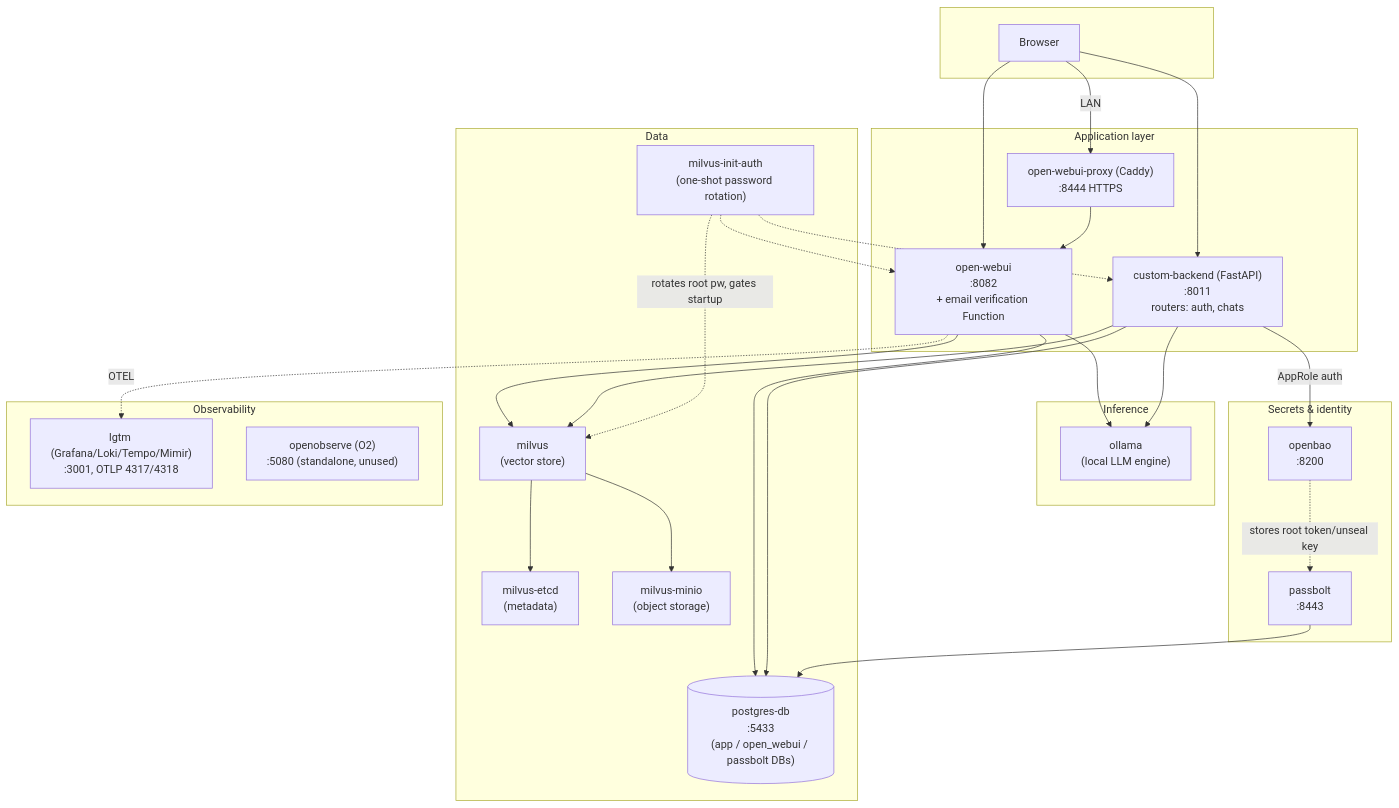
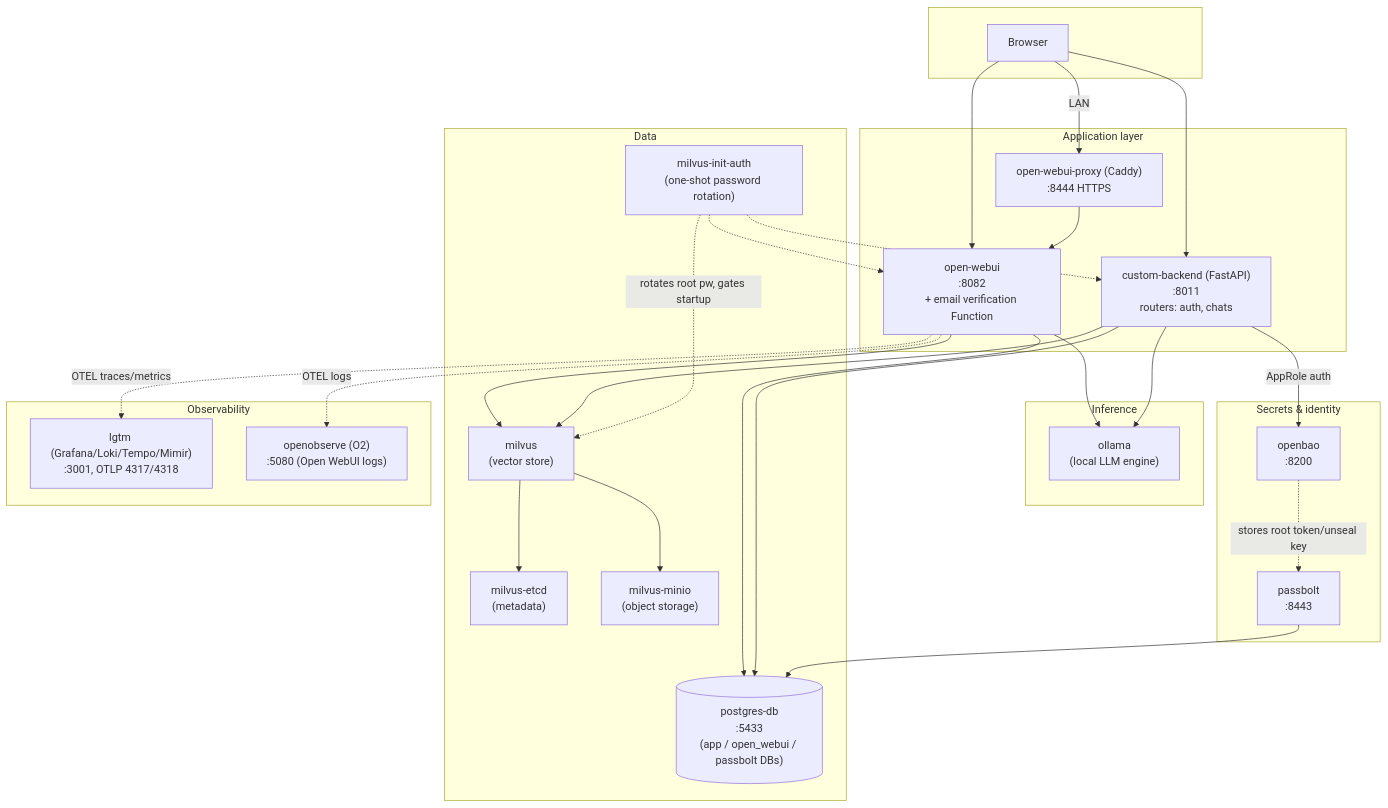
One commit to akshatz/laptop-ai-backend changed the diagram in README.md. Above: the diagram before and after it, drawn with Mermaid. The commit also changed other lines of this file and 3 other files, not shown here.

Commit message:
Send Open WebUI logs to OpenObserve stream openwebui_backend

````diff
--- a/README.md
+++ b/README.md
@@ -7,58 +7,59 @@
 ```mermaid
 flowchart TB
     subgraph client[" "]
         browser["Browser"]
     end
 
     subgraph app["Application layer"]
         proxy["open-webui-proxy (Caddy)\n:8444 HTTPS"]
         webui["open-webui\n:8082\n+ email verification Function"]
         backend["custom-backend (FastAPI)\n:8011\nrouters: auth, chats"]
     end
 
     subgraph inference["Inference"]
         ollama["ollama\n(local LLM engine)"]
     end
 
     subgraph data["Data"]
         postgres[("postgres-db\n:5433\n(app / open_webui / passbolt DBs)")]
         milvus["milvus\n(vector store)"]
         milvusEtcd["milvus-etcd\n(metadata)"]
         milvusMinio["milvus-minio\n(object storage)"]
         milvusInit["milvus-init-auth\n(one-shot password rotation)"]
     end
 
     subgraph secrets["Secrets & identity"]
         openbao["openbao\n:8200"]
         passbolt["passbolt\n:8443"]
     end
 
     subgraph observability["Observability"]
         lgtm["lgtm (Grafana/Loki/Tempo/Mimir)\n:3001, OTLP 4317/4318"]
-        openobserve["openobserve (O2)\n:5080 (standalone, unused)"]
+        openobserve["openobserve (O2)\n:5080 (Open WebUI logs)"]
     end
 
     browser --> webui
     browser -- LAN --> proxy
     proxy --> webui
     browser --> backend
 
     webui --> ollama
     webui --> milvus
     webui --> postgres
-    webui -. OTEL .-> lgtm
+    webui -. OTEL traces/metrics .-> lgtm
+    webui -. OTEL logs .-> openobserve
 
     backend --> ollama
     backend --> milvus
     backend --> postgres
     backend -- AppRole auth --> openbao
 
     milvus --> milvusEtcd
     milvus --> milvusMinio
     milvusInit -. rotates root pw, gates startup .-> milvus
     milvusInit -.-> webui
     milvusInit -.-> backend
 
     passbolt --> postgres
     openbao -. stores root token/unseal key .-> passbolt
 ```
````
